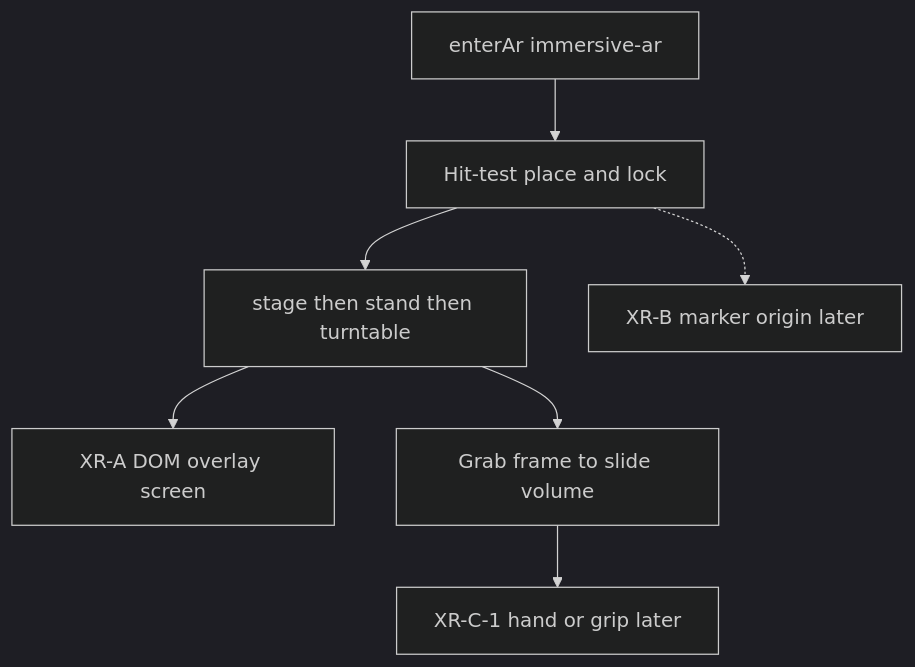
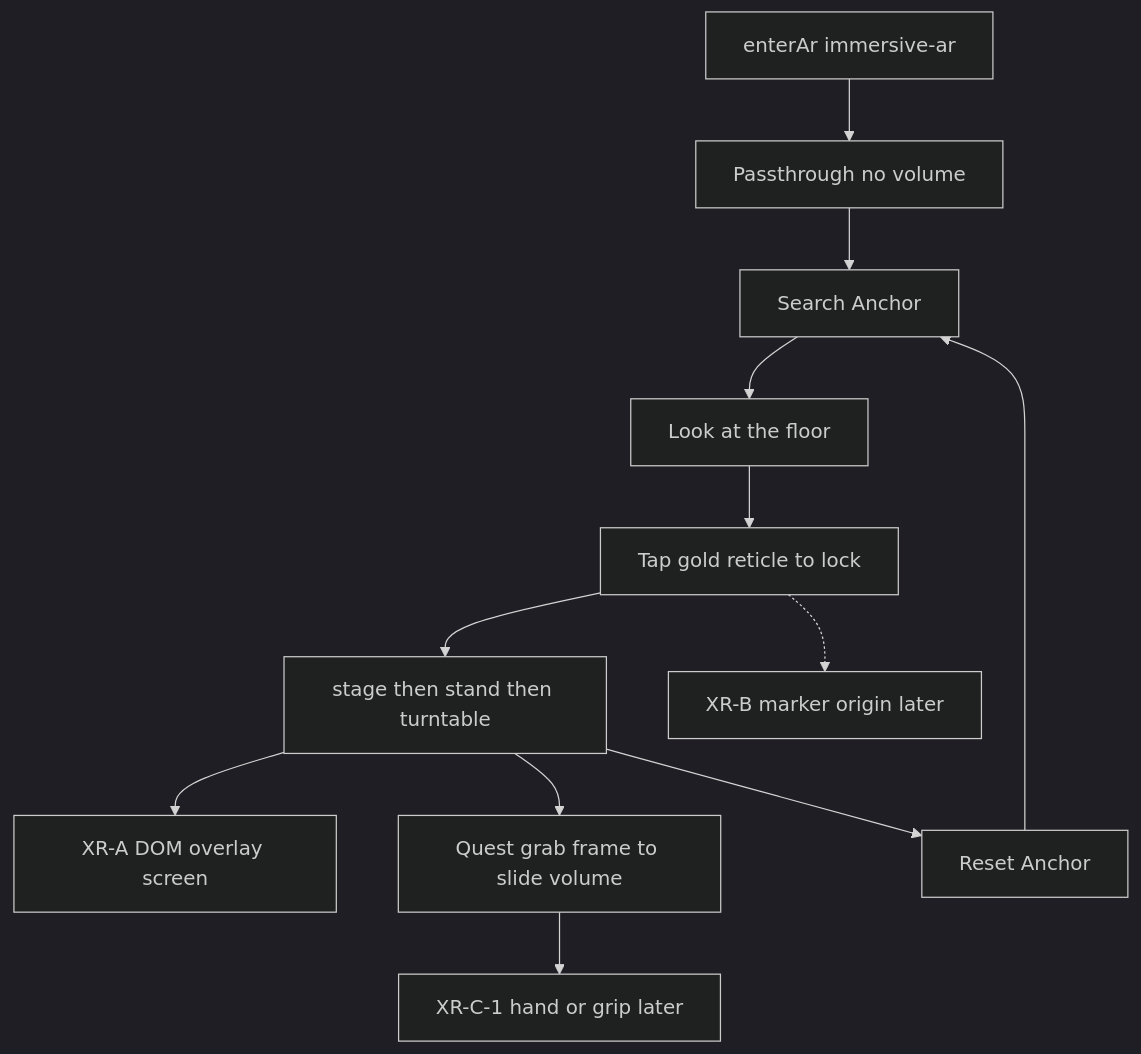
Diagram 30 of 30 in architecture.md (PiMaV/DONNER), drawn with Mermaid (dark theme) before and after one commit. The commit also changed other lines of this file and 28 other files, not shown here.

````diff
--- a/architecture.md
+++ b/architecture.md
@@ -1077,15 +1080,21 @@
 ```mermaid
 flowchart TB
   enter[enterAr immersive-ar]
-  place[Hit-test place and lock]
+  idle[Passthrough no volume]
+  search[Search Anchor]
+  look[Look at the floor]
+  place[Tap gold reticle to lock]
+  reset[Reset Anchor]
   volume[stage then stand then turntable]
   overlay[XR-A DOM overlay screen]
-  frames[Grab frame to slide volume]
+  frames[Quest grab frame to slide volume]
   hands[XR-C-1 hand or grip later]
   marker[XR-B marker origin later]
-  enter --> place --> volume
+  enter --> idle --> search --> look --> place --> volume
   volume --> overlay
   volume --> frames
+  volume --> reset
+  reset --> search
   frames --> hands
   place -.-> marker
 ```
````
